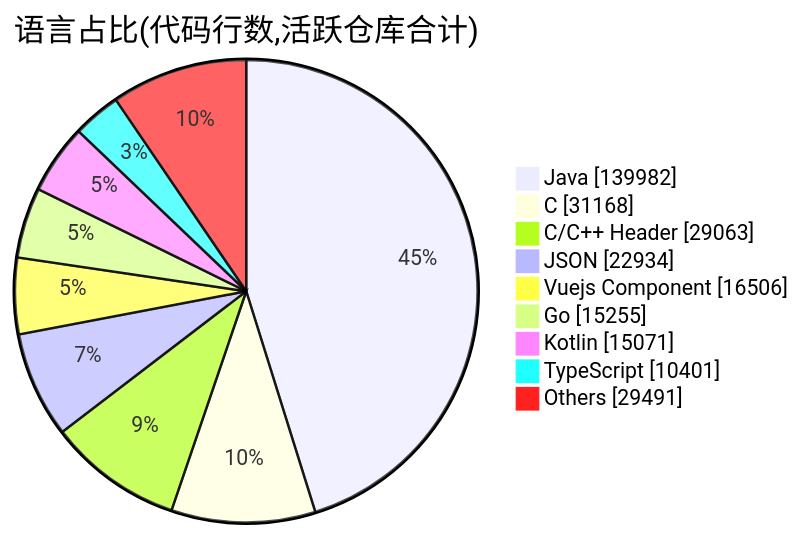
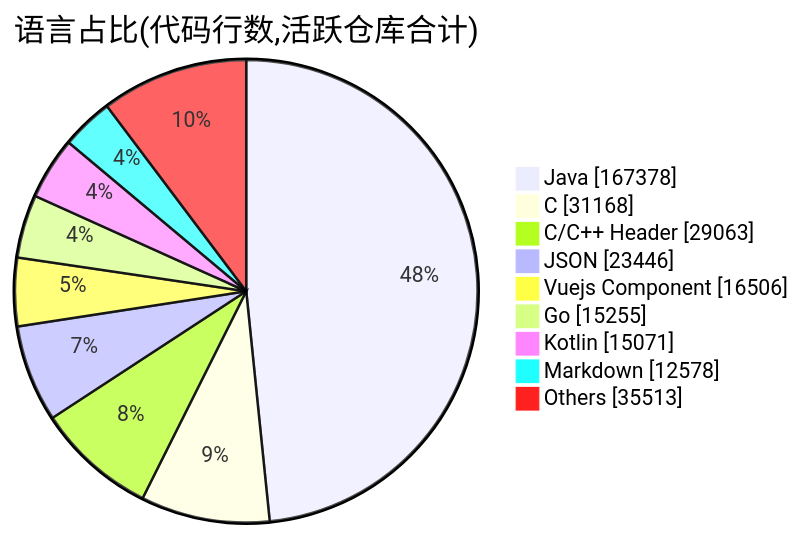
The second of 2 diagrams in profile/README.md (Conflux-Union/.github), drawn with Mermaid before and after one commit. The commit also changed other lines of this file and 1 other file, not shown here.

````diff
--- a/profile/README.md
+++ b/profile/README.md
@@ -79,13 +80,13 @@
 ```mermaid
 pie showData
     title 语言占比(代码行数,活跃仓库合计)
-    "Java" : 139982
+    "Java" : 167378
     "C" : 31168
     "C/C++ Header" : 29063
-    "JSON" : 22934
+    "JSON" : 23446
     "Vuejs Component" : 16506
     "Go" : 15255
     "Kotlin" : 15071
-    "TypeScript" : 10401
-    "Others" : 29491
+    "Markdown" : 12578
+    "Others" : 35513
 ```
````
